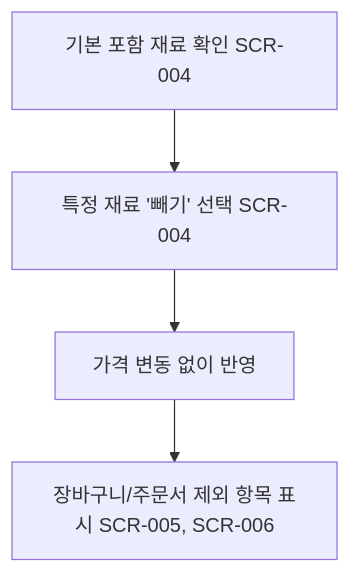
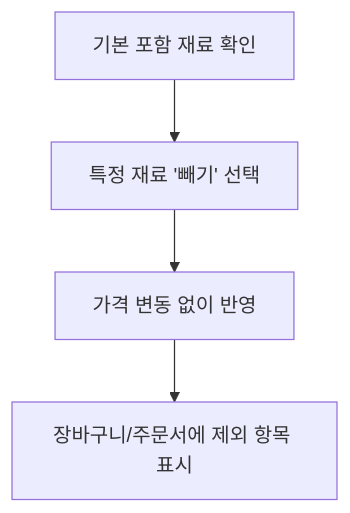
Before and after one commit to hagenie128/ASAK: diagram 12 of 25 in docs/wiki/user-scenarios.md, drawn with Mermaid. The commit also changed other lines of this file and 241 other files, not shown here.

````diff
--- a/docs/wiki/user-scenarios.md
+++ b/docs/wiki/user-scenarios.md
@@ -192,6 +191,6 @@
 ```mermaid
 flowchart TD
-    A[기본 포함 재료 확인 SCR-004] --> B[특정 재료 '빼기' 선택 SCR-004]
+    A[기본 포함 재료 확인] --> B[특정 재료 '빼기' 선택]
     B --> C[가격 변동 없이 반영]
-    C --> D[장바구니/주문서 제외 항목 표시 SCR-005, SCR-006]
+    C --> D[장바구니/주문서에 제외 항목 표시]
 ```
````
